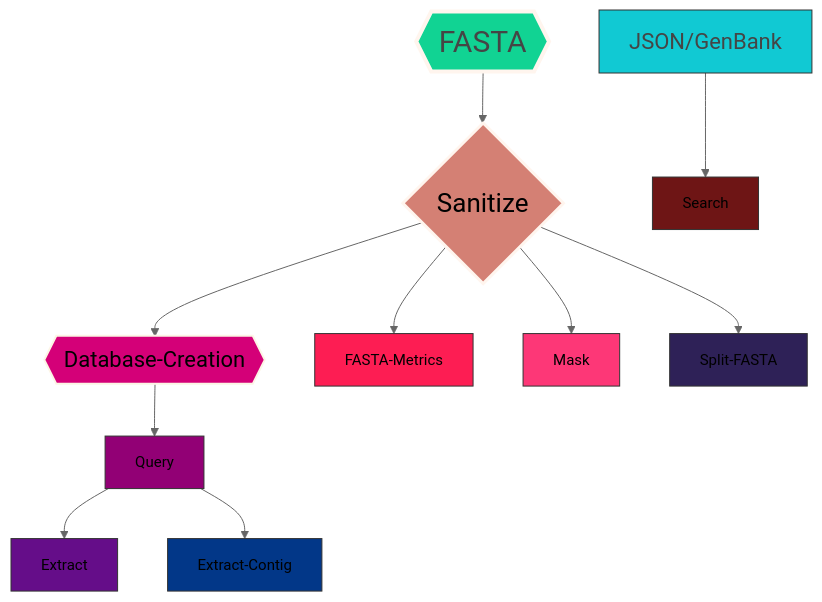
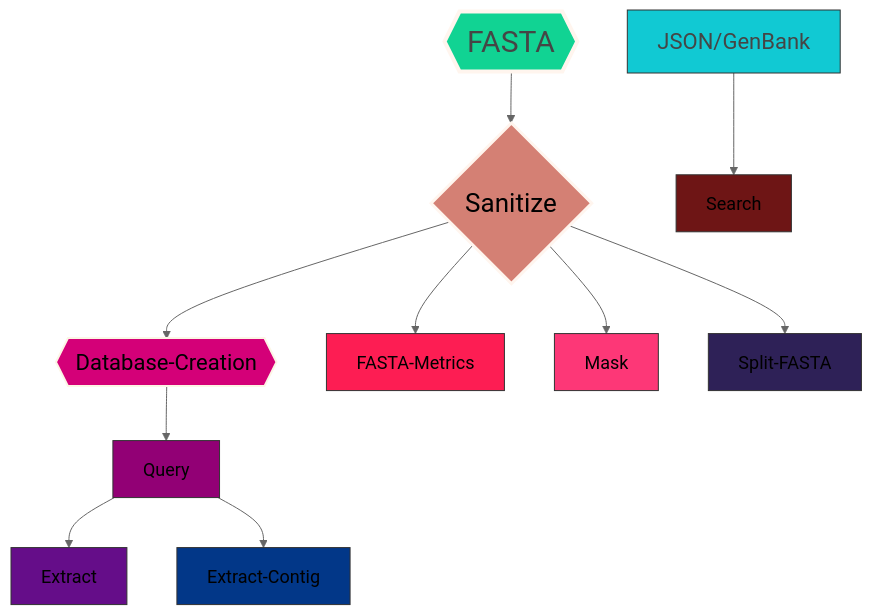
The diagram in README.md (ERBringHorvath/SeqForge), drawn with Mermaid (neutral theme) before and after one commit.

````diff
--- a/README.md
+++ b/README.md
@@ -80,25 +80,25 @@
 ```mermaid
 graph TD;
     Z{{FASTA}}-->A{Sanitize};
     A{Sanitize}-->B{{Database-Creation}};
     B{{Database-Creation}}-->C[Query];
     C[Query]-->D[Extract];
     C[Query]-->E[Extract-Contig];
     A{Sanitize}-->F[FASTA-Metrics];
     A{Sanitize}-->G[Mask];
     A{Sanitize}-->H[Split-FASTA];
     I[JSON/GenBank]-->J[Search];
 
     %% Custom style for Sanitize node
     style Z fill:#11d393,stroke:#fff5ee,stroke-width:4,font-size:30,color:#454545
     style A fill:#d48074,stroke:#fff5ee,stroke-width:3,font-size:26px
     style B fill:#d40078,stroke:#FCF5E5,stroke-width:2,font-size:22px
-    style C fill:#920075,stroke:#333,stroke-width:1,font-size:15px
-    style D fill:#650D89,stroke:#333,stroke-width:1,font-size:15px
-    style E fill:#023788,stroke:#333,stroke-width:1,font-size:15px
-    style F fill:#fd1d53,stroke:#333,stroke-width:1,font-size:15px
-    style G fill:#fd3777,stroke:#333,stroke-width:1,font-size:15px
-    style H fill:#2e2157,stroke:#333,stroke-width:1,font-size:15px
+    style C fill:#920075,stroke:#333,stroke-width:1,font-size:18px
+    style D fill:#650D89,stroke:#333,stroke-width:1,font-size:18px
+    style E fill:#023788,stroke:#333,stroke-width:1,font-size:18px
+    style F fill:#fd1d53,stroke:#333,stroke-width:1,font-size:18px
+    style G fill:#fd3777,stroke:#333,stroke-width:1,font-size:18px
+    style H fill:#2e2157,stroke:#333,stroke-width:1,font-size:18px
     style I fill:#11c9d3,stroke:#333,stroke-width:1,font-size:22px,color:#454545
-    style J fill:#6e1515,stroke:#333,stroke-width:1,font-size:15px
+    style J fill:#6e1515,stroke:#333,stroke-width:1,font-size:18px
 ```
````
